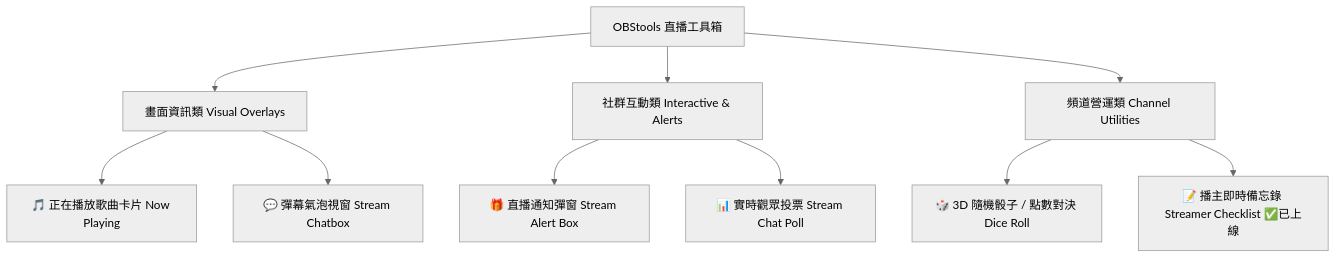
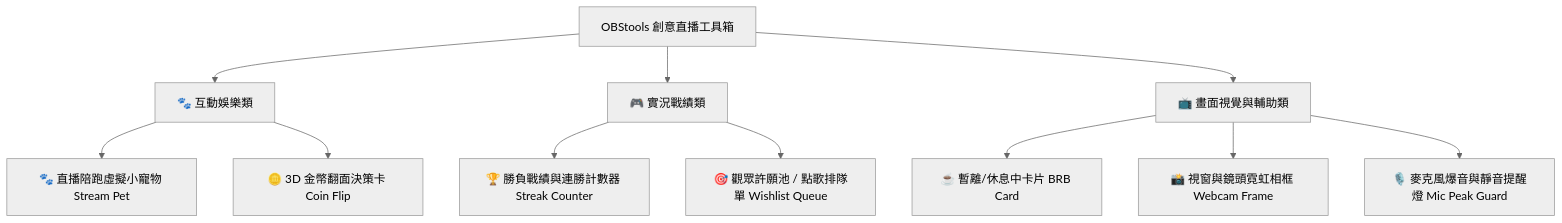
Before and after one commit to unkoalatw/livetools: the diagram in PROPOSAL.md, drawn with Mermaid (neutral theme). The commit also changed other lines of this file, not shown here.

Commit message:
docs: pivot proposal to 7 new creative streamer tools (PROPOSAL.md)

````diff
--- a/PROPOSAL.md
+++ b/PROPOSAL.md
@@ -25,15 +14,16 @@
 ```mermaid
 graph TD
-    A[OBStools 直播工具箱] --> B[畫面資訊類 Visual Overlays]
-    A --> C[社群互動類 Interactive & Alerts]
-    A --> D[頻道營運類 Channel Utilities]
+    A[OBStools 創意直播工具箱] --> B[🐾 互動娛樂類]
+    A --> C[🎮 實況戰績類]
+    A --> D[📺 畫面視覺與輔助類]
 
-    B --> B1[🎵 正在播放歌曲卡片 Now Playing]
-    B --> B2[💬 彈幕氣泡視窗 Stream Chatbox]
+    B --> B1[🐾 直播陪跑虛擬小寵物 Stream Pet]
+    B --> B2[🪙 3D 金幣翻面決策卡 Coin Flip]
 
-    C --> C1[🎁 直播通知彈窗 Stream Alert Box]
-    C --> C2[📊 實時觀眾投票 Stream Chat Poll]
+    C --> C1[🏆 勝負戰績與連勝計數器 Streak Counter]
+    C --> C2[🎯 觀眾許願池 / 點歌排隊單 Wishlist Queue]
 
-    D --> D1[🎲 3D 隨機骰子 / 點數對決 Dice Roll]
-    D --> D2[📝 播主即時備忘錄 Streamer Checklist ✅已上線]
+    D --> D1[☕ 暫離/休息中卡片 BRB Card]
+    D --> D2[📸 視窗與鏡頭霓虹相框 Webcam Frame]
+    D --> D3[🎙️ 麥克風爆音與靜音提醒燈 Mic Peak Guard]
 ```
````
